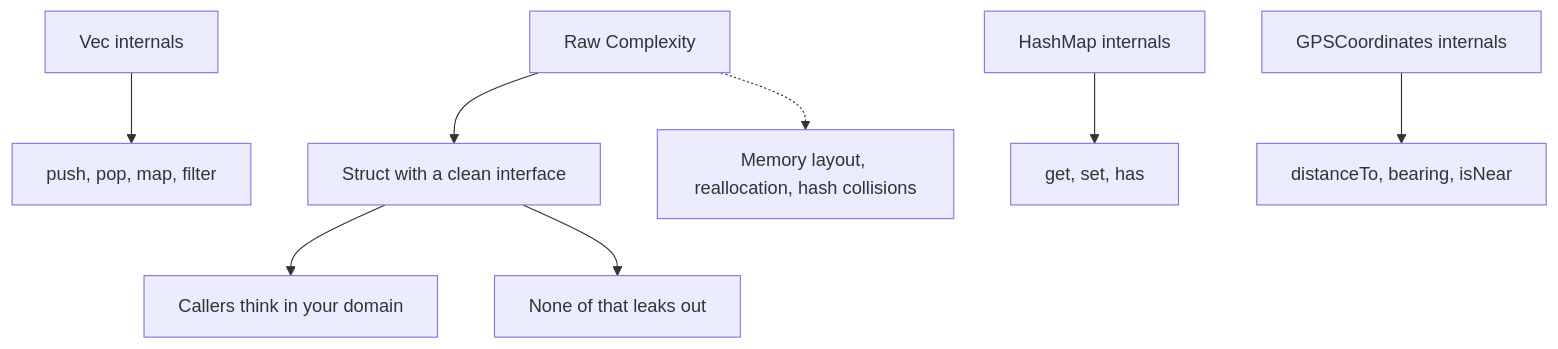
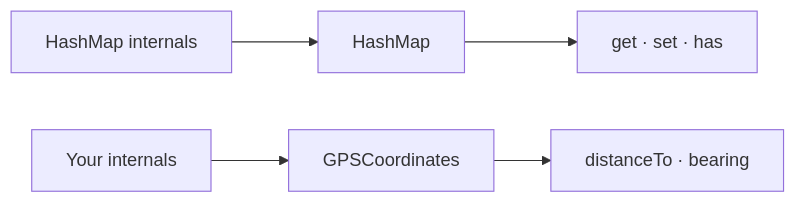
The first of 3 diagrams in content/docs/fundamentals/modeling/2-structs.mdx (Almaju/blog), drawn with Mermaid before and after one commit. The commit also changed other lines of this file and 12 other files, not shown here.

First line of the commit message:
feat: add Python examples, trim code blocks, improve diagrams and AI prompt

````diff
--- a/content/docs/fundamentals/modeling/2-structs.mdx
+++ b/content/docs/fundamentals/modeling/2-structs.mdx
@@ -11,17 +11,10 @@
 ```mermaid
-graph TD
-    A[Raw Complexity] --> B[Struct with a clean interface]
-    B --> C[Callers think in your domain]
+graph LR
+    A[HashMap internals] --> B[HashMap] --> C["get · set · has"]
+    D[Your internals] --> E[GPSCoordinates] --> F["distanceTo · bearing"]
 
-    D[Vec internals] --> E[push, pop, map, filter]
-    F[HashMap internals] --> G[get, set, has]
-    H[GPSCoordinates internals] --> I[distanceTo, bearing, isNear]
-
-    A -.-> J[Memory layout, reallocation, hash collisions]
-    B --> K[None of that leaks out]
-
-    style B green
-    style C green
-    style K green
-    style J red
+    class A red
+    class D red
+    class C green
+    class F green
 ```
````
